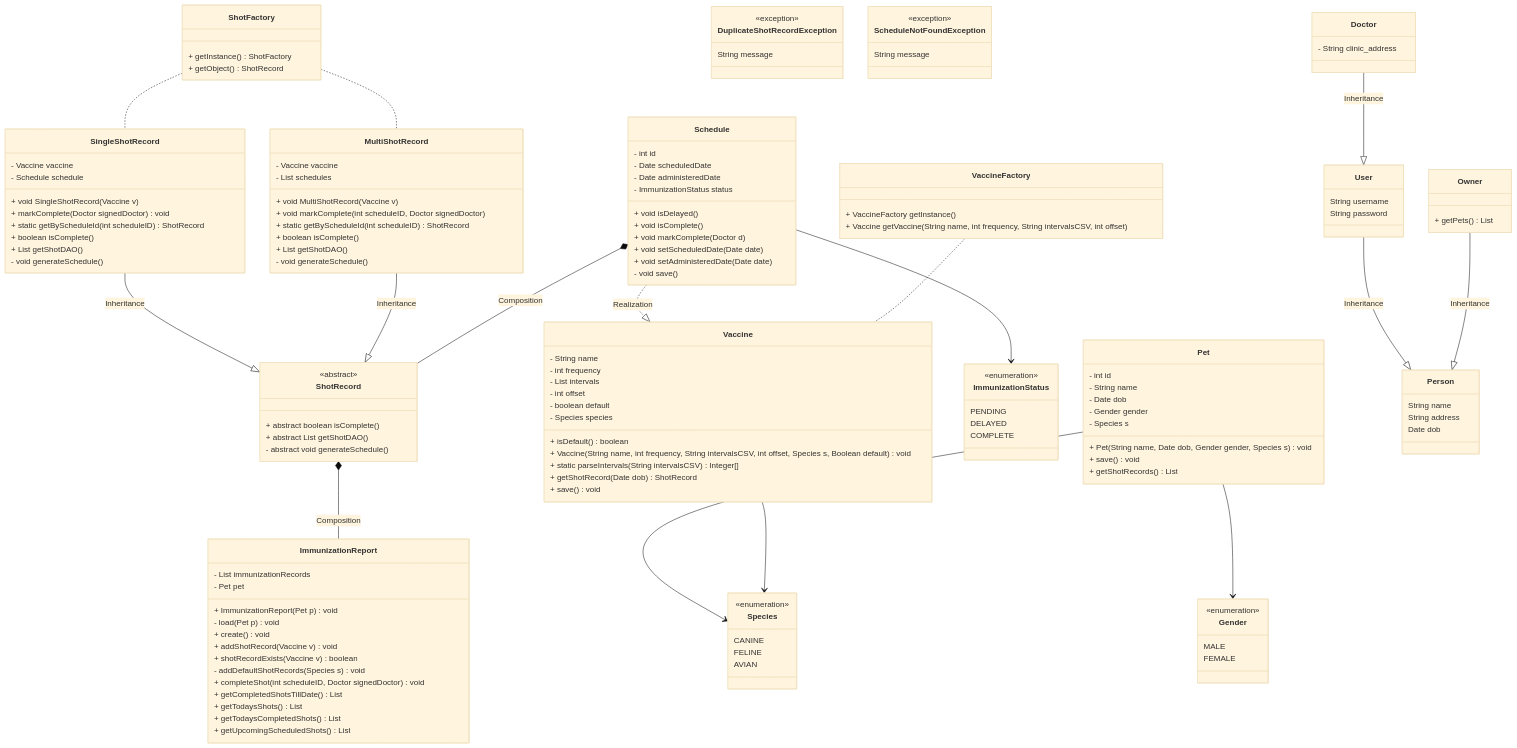
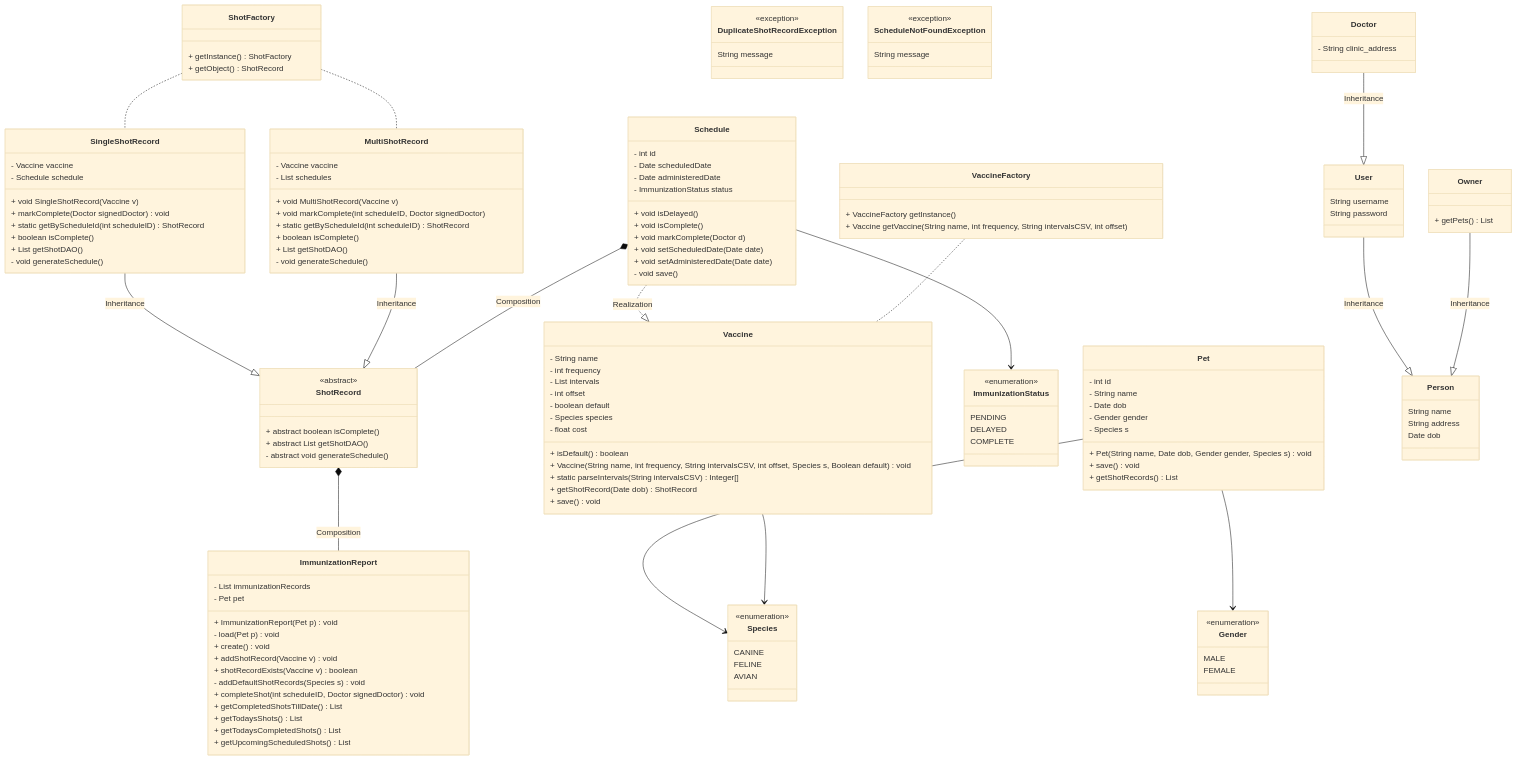
Before and after one commit to glanzz/ImmunET: the first of 3 diagrams in README.md, drawn with Mermaid (base theme).

Commit message:
Add cost

```diff
--- a/README.md
+++ b/README.md
@@ -27,6 +27,7 @@
       - int offset
       - boolean default
       - Species species
+      - float cost
       + isDefault() boolean
       + Vaccine(String name, int frequency, String intervalsCSV, int offset, Species s, Boolean default) void
       + static parseIntervals(String intervalsCSV) Integer[]
```
